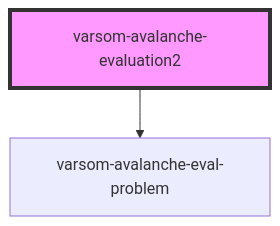
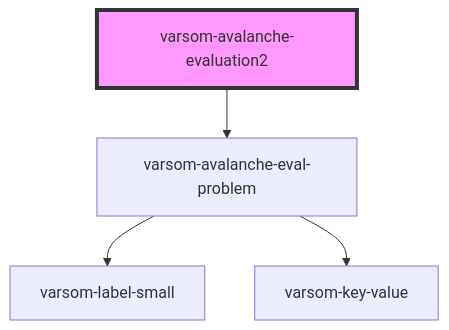
One commit to NVE/varsom-observation changed the diagram in observasjonskort/src/components/varsom-avalanche-evaluation2/readme.md. Above: the diagram before and after it, drawn with Mermaid. The commit also changed 9 other files, not shown here.

````diff
--- a/observasjonskort/src/components/varsom-avalanche-evaluation2/readme.md
+++ b/observasjonskort/src/components/varsom-avalanche-evaluation2/readme.md
@@ -34,5 +34,7 @@
 ```mermaid
 graph TD;
   varsom-avalanche-evaluation2 --> varsom-avalanche-eval-problem
+  varsom-avalanche-eval-problem --> varsom-label-small
+  varsom-avalanche-eval-problem --> varsom-key-value
   style varsom-avalanche-evaluation2 fill:#f9f,stroke:#333,stroke-width:4px
 ```
````
